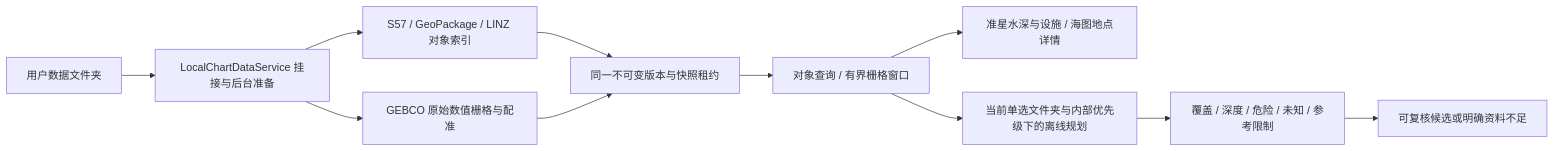
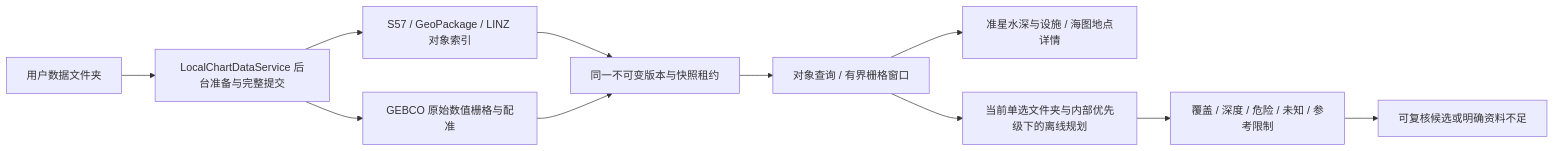
One commit to ohkuku/yokuli_marine_shell changed the diagram in docs/GEOPACKAGE_CHART_PROFILE.md. Above: the diagram before and after it, drawn with Mermaid. The commit also changed other lines of this file and 12 other files, not shown here.

````diff
--- a/docs/GEOPACKAGE_CHART_PROFILE.md
+++ b/docs/GEOPACKAGE_CHART_PROFILE.md
@@ -182,13 +182,13 @@
 ```mermaid
 flowchart LR
-    F[用户数据文件夹] --> I[LocalChartDataService 挂接与后台准备]
+    F[用户数据文件夹] --> I[LocalChartDataService 后台准备与完整提交]
     I --> V[S57 / GeoPackage / LINZ 对象索引]
     I --> R[GEBCO 原始数值栅格与配准]
     V --> S[同一不可变版本与快照租约]
     R --> S
     S --> Q[对象查询 / 有界栅格窗口]
     Q --> M[准星水深与设施 / 海图地点详情]
     Q --> P[当前单选文件夹与内部优先级下的离线规划]
     P --> E[覆盖 / 深度 / 危险 / 未知 / 参考限制]
     E --> C[可复核候选或明确资料不足]
 ```
````
